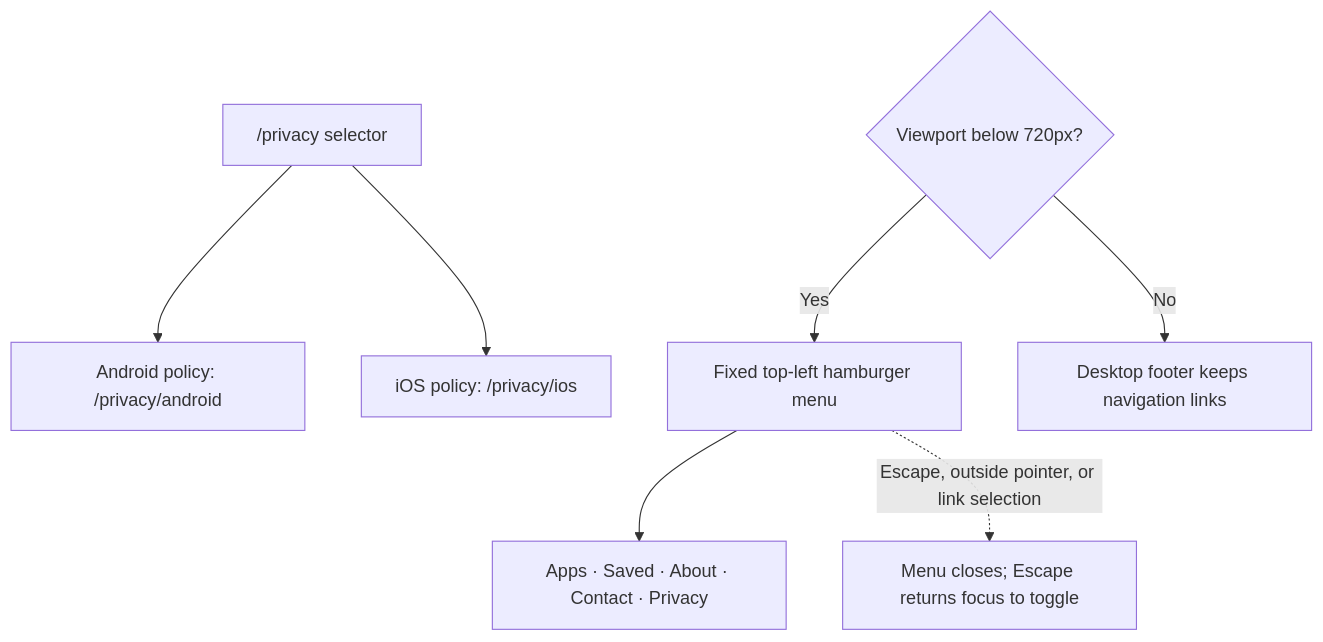
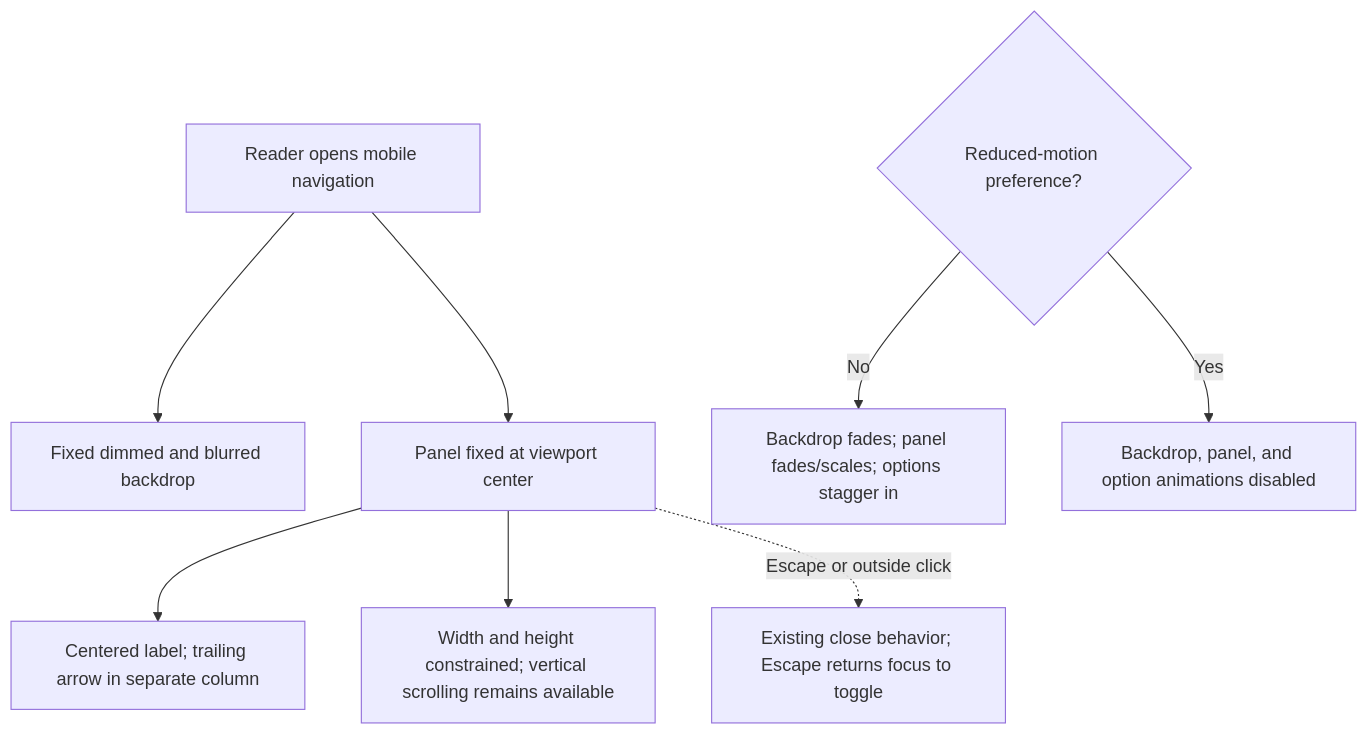
The diagram in diagrams/updates/AUTOMATED_NUTSNEWS_MERGE_LOG.mmd (ramideltoro/nutsnews-docs), drawn with Mermaid before and after one commit. The commit also changed 5 other files, not shown here.

```diff
--- a/diagrams/updates/AUTOMATED_NUTSNEWS_MERGE_LOG.mmd
+++ b/diagrams/updates/AUTOMATED_NUTSNEWS_MERGE_LOG.mmd
@@ -1,12 +1,13 @@
 flowchart TD
-  accTitle: Privacy selection and responsive navigation flow
+  accTitle: Centered mobile navigation menu behavior
   accDescr {
-    Readers choose an Android or iOS privacy policy at the privacy selector. On narrow screens, a top-left menu provides the public navigation links; the desktop footer keeps those links.
+    When a reader opens the mobile navigation menu, a dimmed backdrop appears and the menu panel is centered in the viewport. Its labels are centered independently of their arrows, and reduced-motion preferences disable the new animations.
   }
-  privacy["/privacy selector"] --> android["Android policy: /privacy/android"]
-  privacy --> ios["iOS policy: /privacy/ios"]
-  viewport{"Viewport below 720px?"}
-  viewport -- Yes --> menu["Fixed top-left hamburger menu"]
-  menu --> links["Apps · Saved · About · Contact · Privacy"]
-  viewport -- No --> footer["Desktop footer keeps navigation links"]
-  menu -. Escape, outside pointer, or link selection .-> closed["Menu closes; Escape returns focus to toggle"]
+  toggle["Reader opens mobile navigation"] --> backdrop["Fixed dimmed and blurred backdrop"]
+  toggle --> panel["Panel fixed at viewport center"]
+  panel --> layout["Centered label; trailing arrow in separate column"]
+  panel --> bounds["Width and height constrained; vertical scrolling remains available"]
+  motion{"Reduced-motion preference?"}
+  motion -- No --> animation["Backdrop fades; panel fades/scales; options stagger in"]
+  motion -- Yes --> disabled["Backdrop, panel, and option animations disabled"]
+  panel -. Escape or outside click .-> closed["Existing close behavior; Escape returns focus to toggle"]
```
